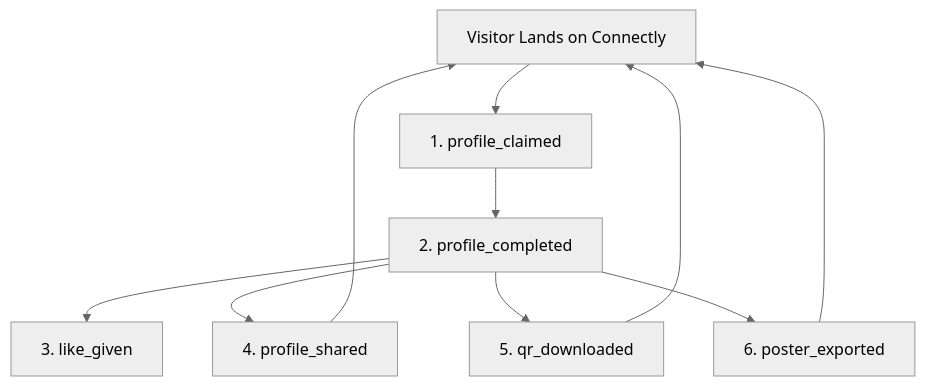
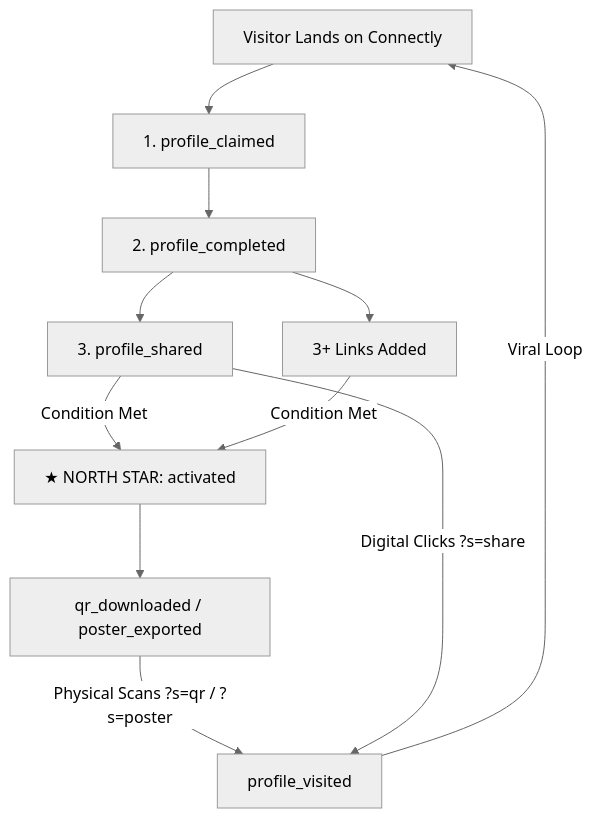
The first of 2 diagrams in docs/analytics_and_funnel.md (ShreyanshGupta205/connectly), drawn with Mermaid (neutral theme) before and after one commit. The commit also changed other lines of this file and 18 other files, not shown here.

Commit message:
feat(analytics): add profileUrl source attribution, North Star activation event, and tests

````diff
--- a/docs/analytics_and_funnel.md
+++ b/docs/analytics_and_funnel.md
@@ -11,12 +30,12 @@
 ```mermaid
 graph TD
     A[Visitor Lands on Connectly] --> B[1. profile_claimed]
     B --> C[2. profile_completed]
-    C --> D[3. like_given]
-    C --> E[4. profile_shared]
-    C --> F[5. qr_downloaded]
-    C --> G[6. poster_exported]
-    E --> A
-    F --> A
-    G --> A
+    C --> D[3. profile_shared]
+    C --> E[3+ Links Added]
+    D & E -->|Condition Met| F[★ NORTH STAR: activated]
+    F --> G[qr_downloaded / poster_exported]
+    G -->|Physical Scans ?s=qr / ?s=poster| H[profile_visited]
+    D -->|Digital Clicks ?s=share| H
+    H -->|Viral Loop| A
 ```
````
